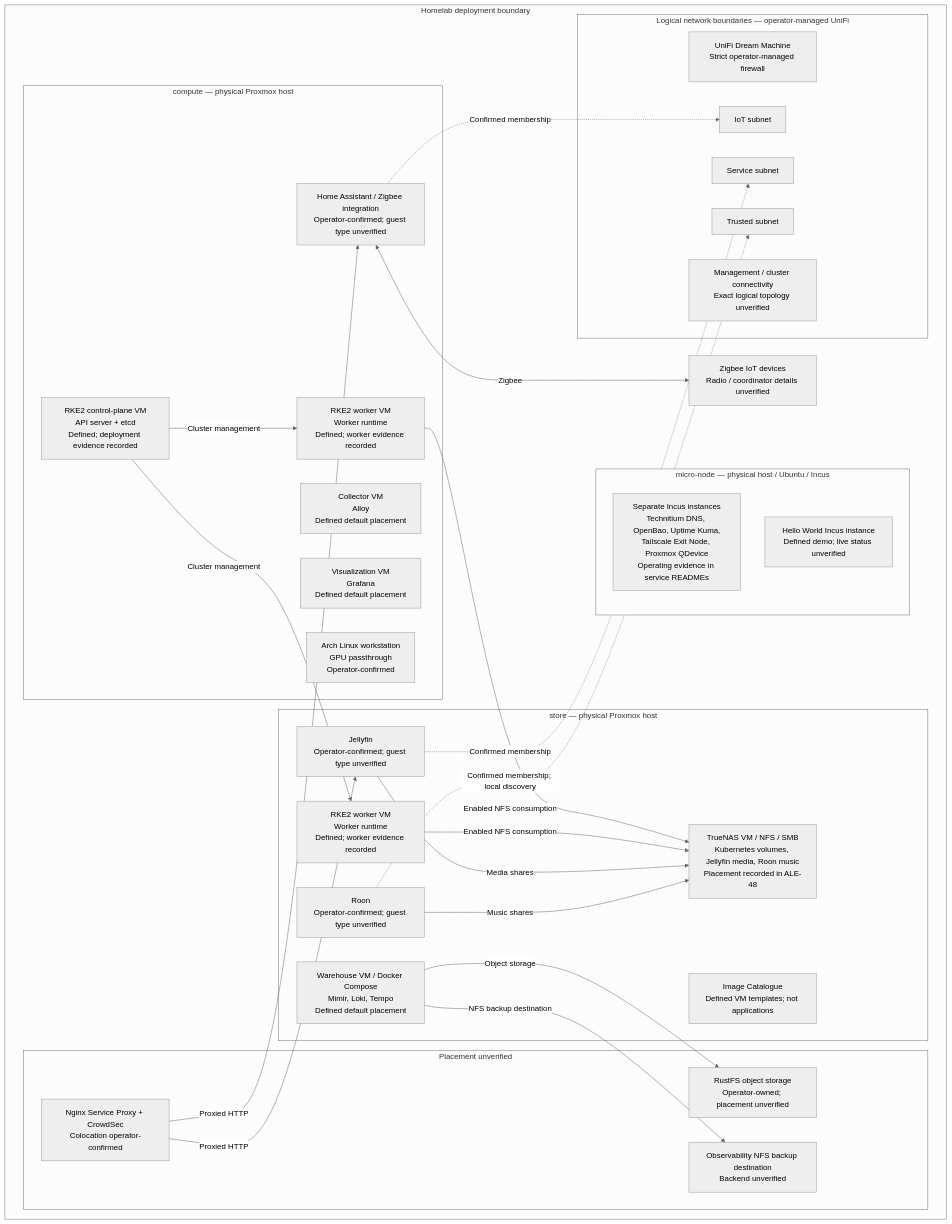
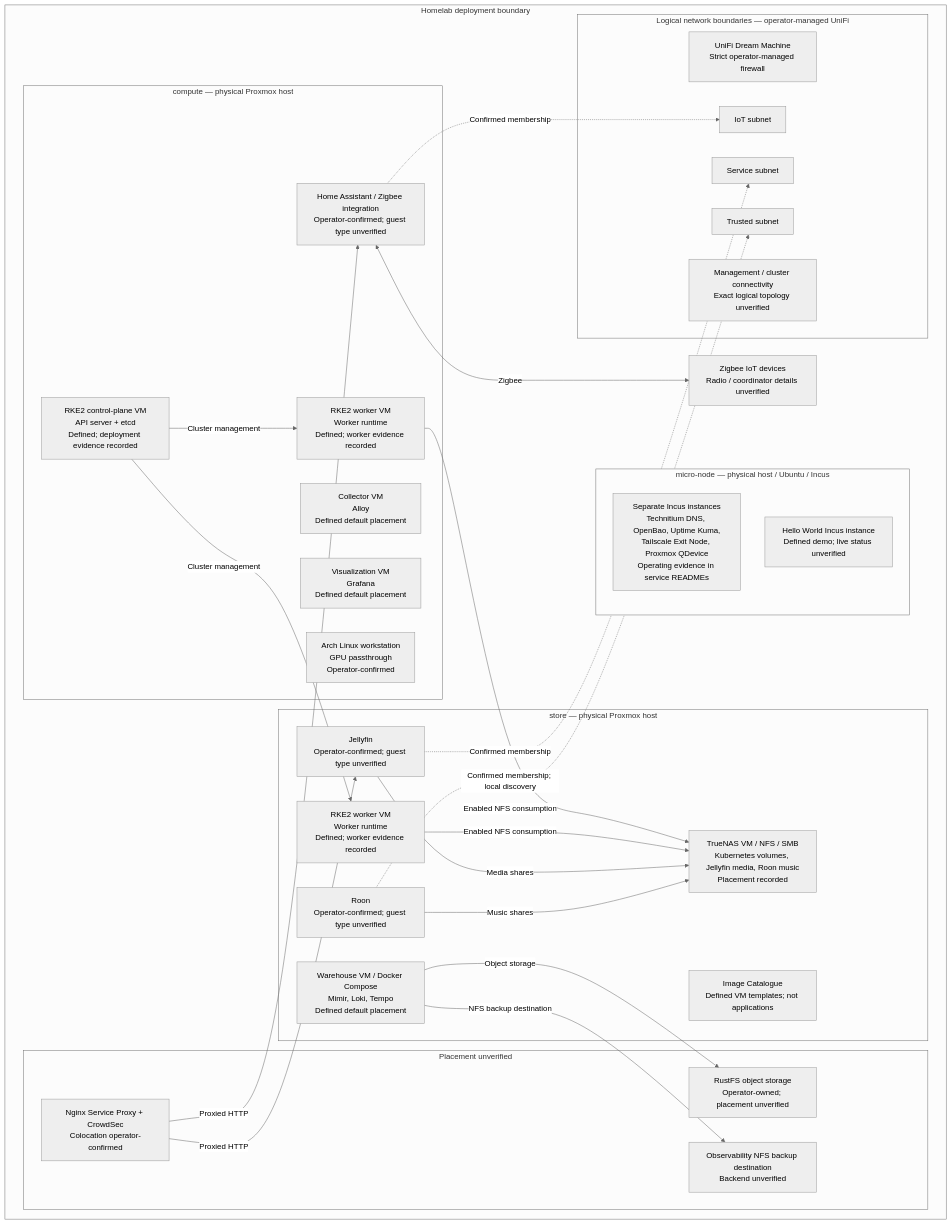
Before and after one commit to lexedwards/homelab: the fourth of 4 diagrams in docs/architecture.md, drawn with Mermaid (neutral theme). The commit also changed other lines of this file and 19 other files, not shown here.

````diff
--- a/docs/architecture.md
+++ b/docs/architecture.md
@@ -150,52 +150,52 @@
 ```mermaid
 flowchart TB
     subgraph lab["Homelab deployment boundary"]
         subgraph micro["micro-node — physical host / Ubuntu / Incus"]
             microapps["Separate Incus instances<br/>Technitium DNS, OpenBao, Uptime Kuma,<br/>Tailscale Exit Node, Proxmox QDevice<br/>Operating evidence in service READMEs"]
             hello["Hello World Incus instance<br/>Defined demo; live status unverified"]
         end
         subgraph compute["compute — physical Proxmox host"]
             cp["RKE2 control-plane VM<br/>API server + etcd<br/>Defined; deployment evidence recorded"]
             cw["RKE2 worker VM<br/>Worker runtime<br/>Defined; worker evidence recorded"]
             collector["Collector VM<br/>Alloy<br/>Defined default placement"]
             grafana["Visualization VM<br/>Grafana<br/>Defined default placement"]
             ha["Home Assistant / Zigbee integration<br/>Operator-confirmed; guest type unverified"]
             workstation["Arch Linux workstation<br/>GPU passthrough<br/>Operator-confirmed"]
         end
         subgraph store["store — physical Proxmox host"]
-            storage["TrueNAS VM / NFS / SMB<br/>Kubernetes volumes, Jellyfin media, Roon music<br/>Placement recorded in ALE-48"]
+            storage["TrueNAS VM / NFS / SMB<br/>Kubernetes volumes, Jellyfin media, Roon music<br/>Placement recorded"]
             sw["RKE2 worker VM<br/>Worker runtime<br/>Defined; worker evidence recorded"]
             warehouse["Warehouse VM / Docker Compose<br/>Mimir, Loki, Tempo<br/>Defined default placement"]
             images["Image Catalogue<br/>Defined VM templates; not applications"]
             jellyfin["Jellyfin<br/>Operator-confirmed; guest type unverified"]
             roon["Roon<br/>Operator-confirmed; guest type unverified"]
         end
         subgraph unknown["Placement unverified"]
             rustfs["RustFS object storage<br/>Operator-owned; placement unverified"]
             backupnfs["Observability NFS backup destination<br/>Backend unverified"]
             proxy["Nginx Service Proxy + CrowdSec<br/>Colocation operator-confirmed"]
         end
         subgraph network["Logical network boundaries — operator-managed UniFi"]
             firewall["UniFi Dream Machine<br/>Strict operator-managed firewall"]
             iot["IoT subnet"]
             service["Service subnet"]
             trusted["Trusted subnet"]
             management["Management / cluster connectivity<br/>Exact logical topology unverified"]
         end
         zigbee["Zigbee IoT devices<br/>Radio / coordinator details unverified"]
     end
     ha -.->|"Confirmed membership"| iot
     jellyfin -.->|"Confirmed membership"| service
     roon -.->|"Confirmed membership; local discovery"| trusted
     cp -->|"Cluster management"| cw
     cp -->|"Cluster management"| sw
     cw -->|"Enabled NFS consumption"| storage
     sw -->|"Enabled NFS consumption"| storage
     jellyfin -->|"Media shares"| storage
     roon -->|"Music shares"| storage
     warehouse -->|"Object storage"| rustfs
     warehouse -->|"NFS backup destination"| backupnfs
     ha <-->|"Zigbee"| zigbee
     proxy -->|"Proxied HTTP"| ha
     proxy -->|"Proxied HTTP"| jellyfin
 ```
````
